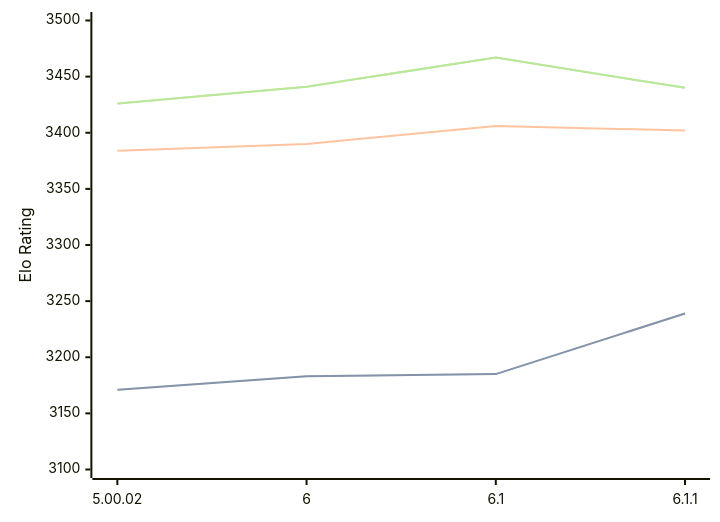
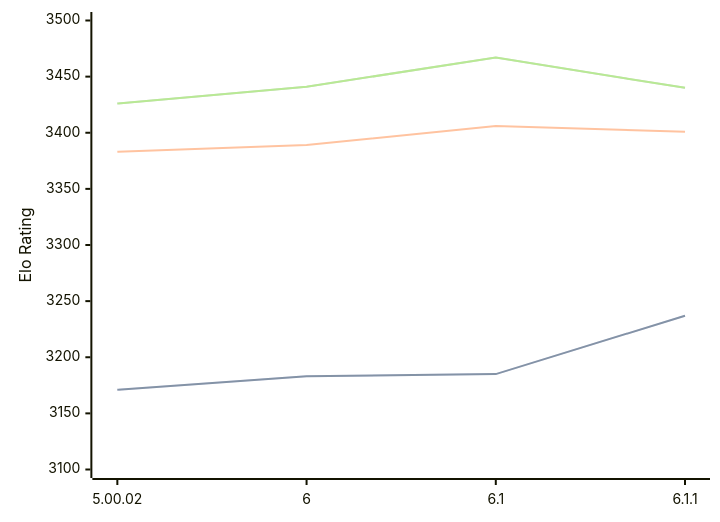
One commit to computer-chess-index/cci changed the diagram in engines/Zangdar.md. Above: the diagram before and after it, drawn with Mermaid. The commit also changed other lines of this file, not shown here.

````diff
--- a/engines/Zangdar.md
+++ b/engines/Zangdar.md
@@ -44,11 +44,11 @@
 ```mermaid
 %%{init: {"theme":"base","themeVariables":{"seriesColors:['#a3a3a3','#222221','#faa371']}}}%%
 xychart-beta
   x-axis ["5.00.02", "6", "6.1", "6.1.1"]
   y-axis "Elo Rating" 3100 --> 3500
-  line "STC (8.0+0.08s)" [3171, 3183, 3185, 3239]
-  line "STC (8.0+0.08s)" [3171, 3183, 3185, 3239]
-  line "LTC (60.0+0.60s)" [3384, 3390, 3406, 3402]
+  line "STC (8.0+0.08s)" [3171, 3183, 3185, 3237]
+  line "STC (8.0+0.08s)" [3171, 3183, 3185, 3237]
+  line "LTC (60.0+0.60s)" [3383, 3389, 3406, 3401]
   line "VLTC (2m24s+1.12s)" [3426, 3441, 3467, 3440]
   line "VLTC (2m24s+1.12s)" [3426, 3441, 3467, 3440]
 ```
````
